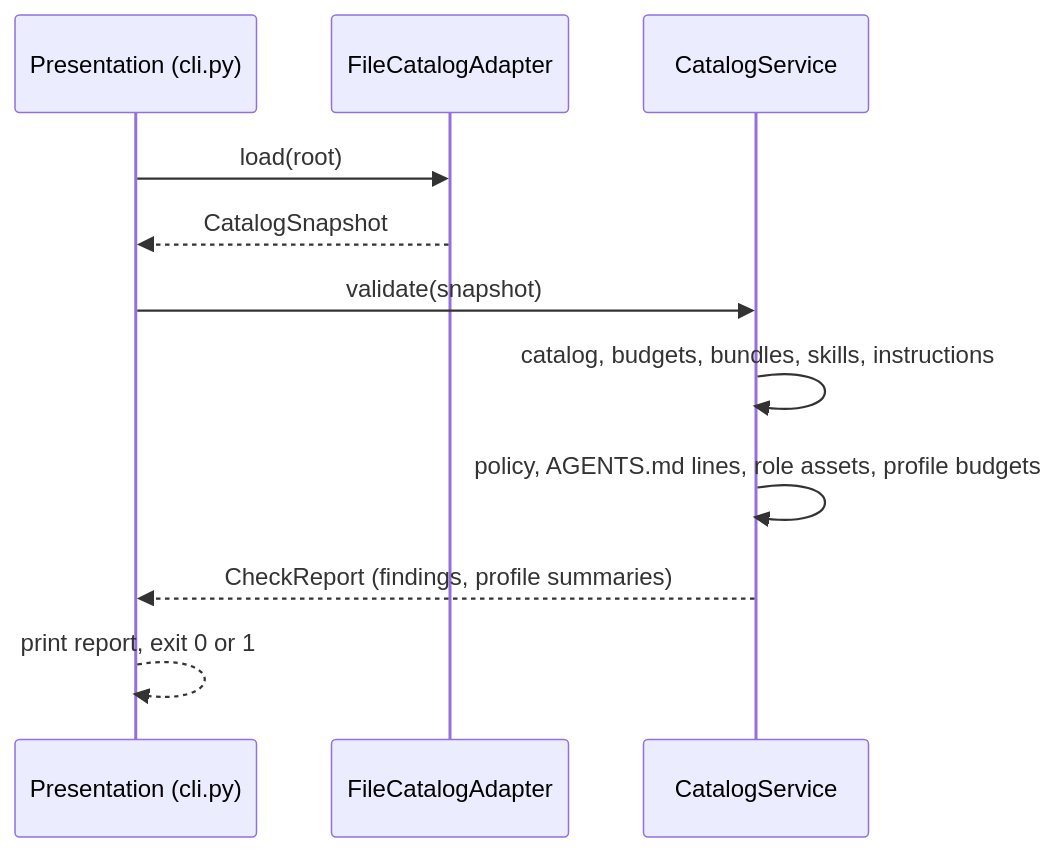
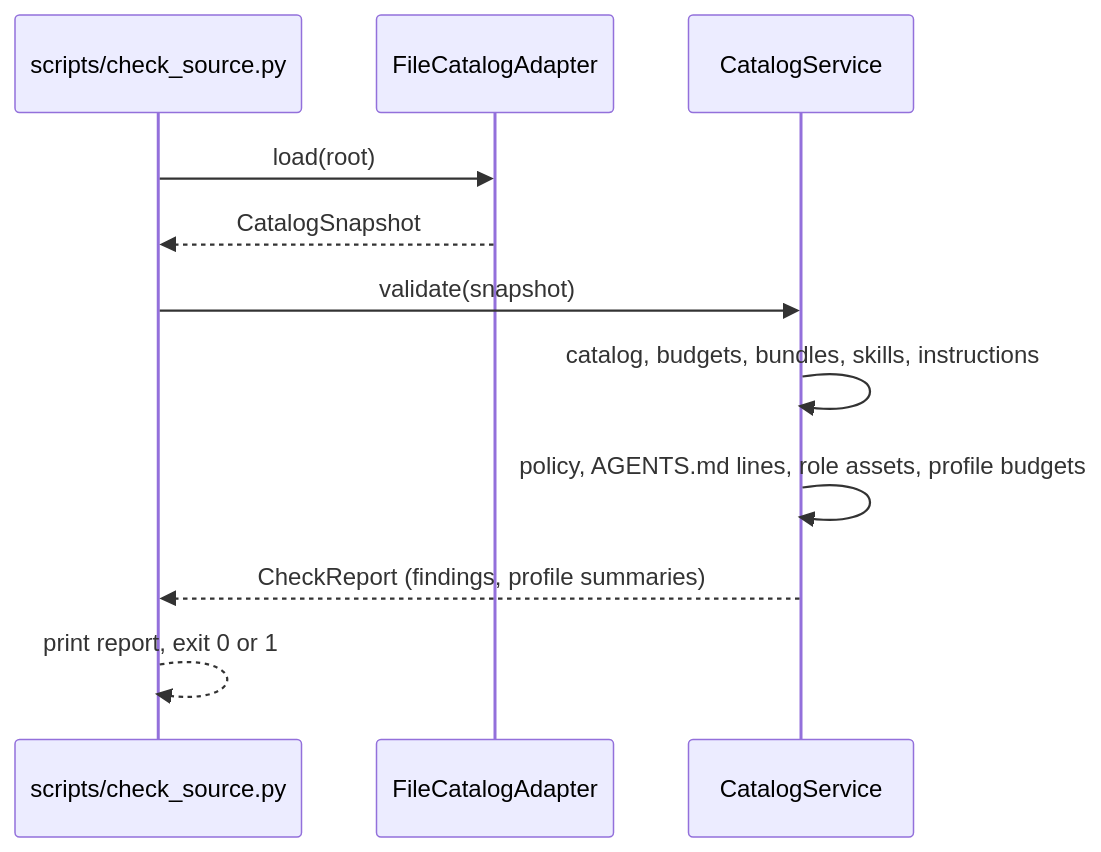
The first of 5 diagrams in .agents/knowledge-base/flows.md (lfr-ai/agent-kit), drawn with Mermaid before and after one commit. The commit also changed other lines of this file and 209 other files, not shown here.

````diff
--- a/.agents/knowledge-base/flows.md
+++ b/.agents/knowledge-base/flows.md
@@ -26,13 +26,13 @@
 ```mermaid
 sequenceDiagram
-    participant CLI as Presentation (cli.py)
+    participant Script as scripts/check_source.py
     participant Adapter as FileCatalogAdapter
     participant Service as CatalogService
-    CLI->>Adapter: load(root)
-    Adapter-->>CLI: CatalogSnapshot
-    CLI->>Service: validate(snapshot)
+    Script->>Adapter: load(root)
+    Adapter-->>Script: CatalogSnapshot
+    Script->>Service: validate(snapshot)
     Service->>Service: catalog, budgets, bundles, skills, instructions
     Service->>Service: policy, AGENTS.md lines, role assets, profile budgets
-    Service-->>CLI: CheckReport (findings, profile summaries)
-    CLI-->>CLI: print report, exit 0 or 1
+    Service-->>Script: CheckReport (findings, profile summaries)
+    Script-->>Script: print report, exit 0 or 1
 ```
````
